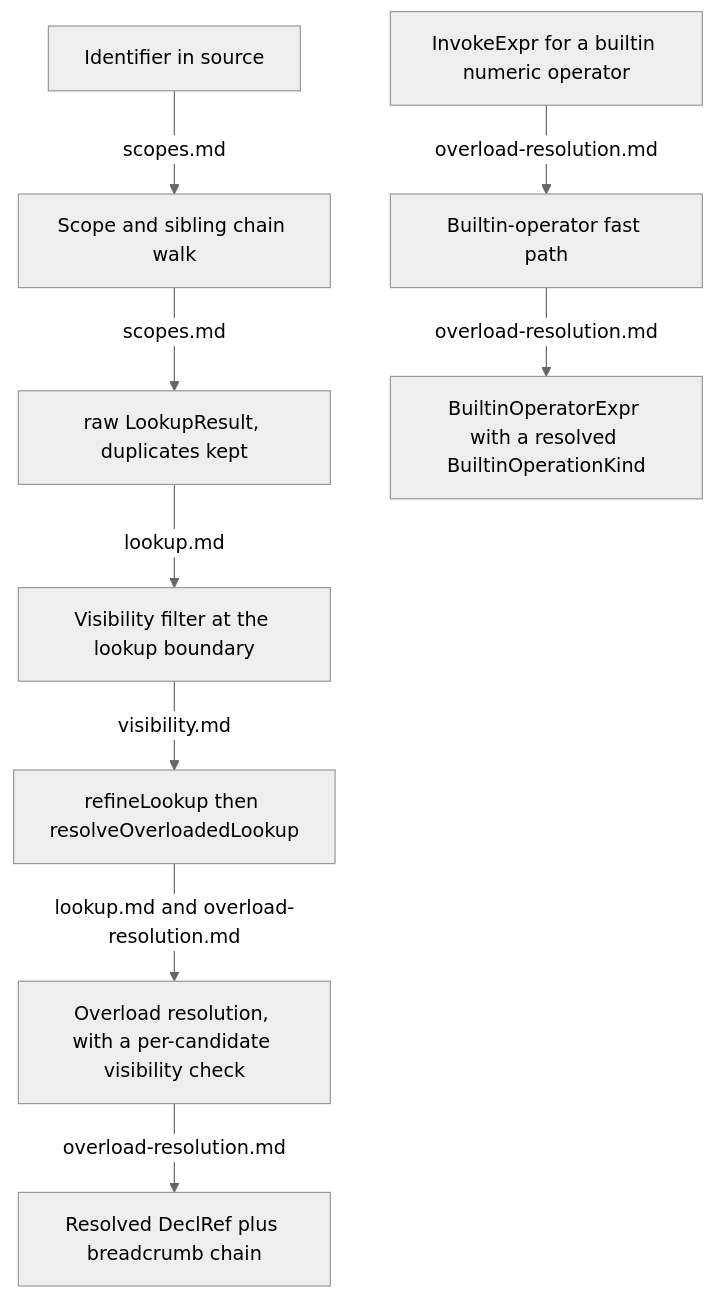
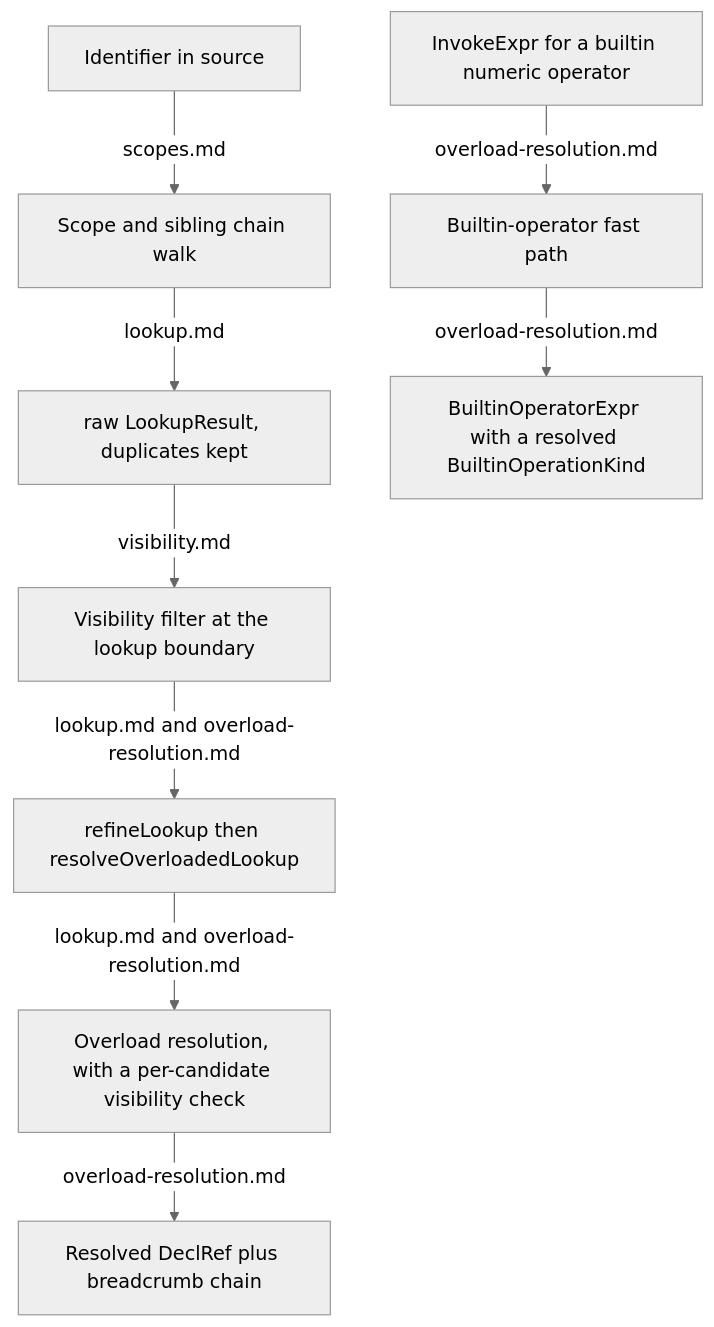
The diagram in docs/generated/design/name-resolution/index.md (shader-slang/slang), drawn with Mermaid (neutral theme) before and after one commit. The commit also changed other lines of this file and 30 other files, not shown here.

````diff
--- a/docs/generated/design/name-resolution/index.md
+++ b/docs/generated/design/name-resolution/index.md
@@ -59,21 +59,21 @@
 ```mermaid
 flowchart TD
   ident["Identifier in source"]
   scopeWalk["Scope and sibling chain walk"]
   raw["raw LookupResult, duplicates kept"]
   visFilter["Visibility filter at the lookup boundary"]
   narrow["refineLookup then resolveOverloadedLookup"]
   overload["Overload resolution, with a per-candidate visibility check"]
   ranked["Resolved DeclRef plus breadcrumb chain"]
   invoke["InvokeExpr for a builtin numeric operator"]
   fast["Builtin-operator fast path"]
   builtin["BuiltinOperatorExpr with a resolved BuiltinOperationKind"]
   ident -->|"scopes.md"| scopeWalk
-  scopeWalk -->|"scopes.md"| raw
-  raw -->|"lookup.md"| visFilter
-  visFilter -->|"visibility.md"| narrow
+  scopeWalk -->|"lookup.md"| raw
+  raw -->|"visibility.md"| visFilter
+  visFilter -->|"lookup.md and overload-resolution.md"| narrow
   narrow -->|"lookup.md and overload-resolution.md"| overload
   overload -->|"overload-resolution.md"| ranked
   invoke -->|"overload-resolution.md"| fast
   fast -->|"overload-resolution.md"| builtin
 ```
````
